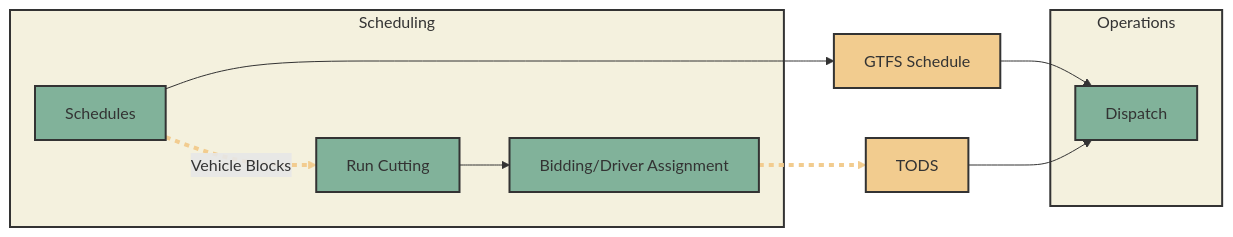
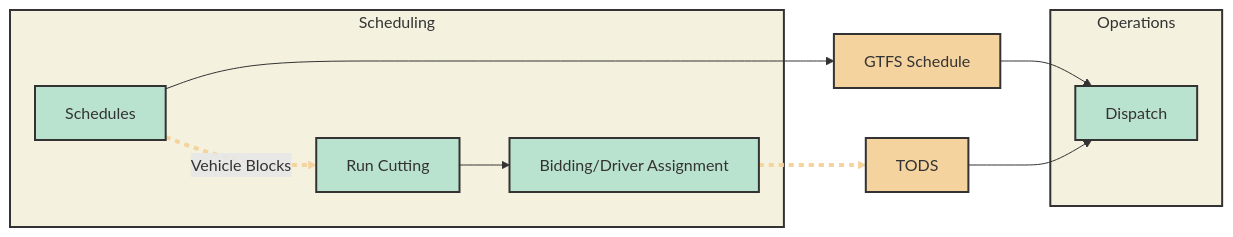
Before and after one commit to jeffkessler-keolis/operational-data-standard: the diagram in docs/en/index.md, drawn with Mermaid. The commit also changed 5 other files, not shown here.

````diff
--- a/docs/en/index.md
+++ b/docs/en/index.md
@@ -7,33 +7,33 @@
 ```mermaid
 graph LR
     subgraph Scheduling
         I[Schedules]
         M[Run Cutting]
         N[Bidding/Driver Assignment]
         M --> N
     end
     style Scheduling fill:#f4f1deff, stroke:#333, stroke-width:2px
-    style I fill:#81b29aff,stroke:#333,stroke-width:2px
-    style M fill:#81b29aff,stroke:#333,stroke-width:2px
-    style N fill:#81b29aff,stroke:#333,stroke-width:2px
+    style I fill:#BAE3CFff,stroke:#333,stroke-width:2px
+    style M fill:#BAE3CFff,stroke:#333,stroke-width:2px
+    style N fill:#BAE3CFff,stroke:#333,stroke-width:2px
 
     P[GTFS Schedule]
     S[TODS]
-    style P fill:#f2cc8fff,stroke:#333,stroke-width:2px
-    style S fill:#f2cc8fff,stroke:#333,stroke-width:2px
+    style P fill:#F4D39Fff,stroke:#333,stroke-width:2px
+    style S fill:#F4D39Fff,stroke:#333,stroke-width:2px
 
     subgraph Operations
         R[Dispatch]
     end
     style Operations fill:#f4f1deff, stroke:#333, stroke-width:2px
-    style R fill:#81b29aff,stroke:#333,stroke-width:2px
+    style R fill:#BAE3CFff,stroke:#333,stroke-width:2px
 
     I --> P
     P --> R
     I -->|Vehicle Blocks| M
     N --> S
     S --> R
-    linkStyle 3 stroke:#f2cc8fff,stroke-width:4px,stroke-dasharray: 5, 5
-    linkStyle 4 stroke:#f2cc8fff,stroke-width:4px,stroke-dasharray: 5, 5
+    linkStyle 3 stroke:#F4D39Fff,stroke-width:4px,stroke-dasharray: 5, 5
+    linkStyle 4 stroke:#F4D39Fff,stroke-width:4px,stroke-dasharray: 5, 5
 
 ```
````
